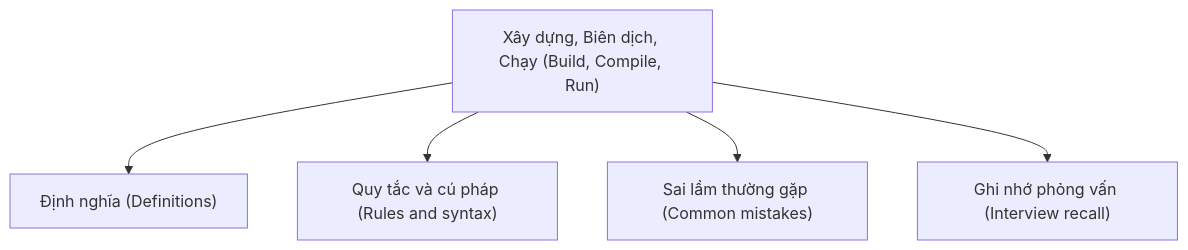
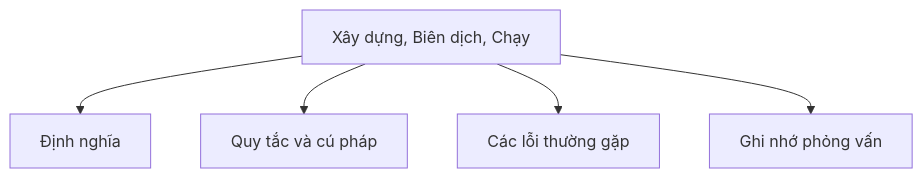
Before and after one commit to PhuThien2005/theoretical-of-java-core: the diagram in vi/38-build-compile-run/README.md, drawn with Mermaid. The commit also changed other lines of this file and 229 other files, not shown here.

````diff
--- a/vi/38-build-compile-run/README.md
+++ b/vi/38-build-compile-run/README.md
@@ -35,7 +35,7 @@
 ```mermaid
 flowchart TD
-    A["Xây dựng, Biên dịch, Chạy (Build, Compile, Run)"] --> B["Định nghĩa (Definitions)"]
-    A --> C["Quy tắc và cú pháp (Rules and syntax)"]
-    A --> D["Sai lầm thường gặp (Common mistakes)"]
-    A --> E["Ghi nhớ phỏng vấn (Interview recall)"]
+    A[Xây dựng, Biên dịch, Chạy] --> B[Định nghĩa]
+    A --> C[Quy tắc và cú pháp]
+    A --> D[Các lỗi thường gặp]
+    A --> E[Ghi nhớ phỏng vấn]
 ```
````
